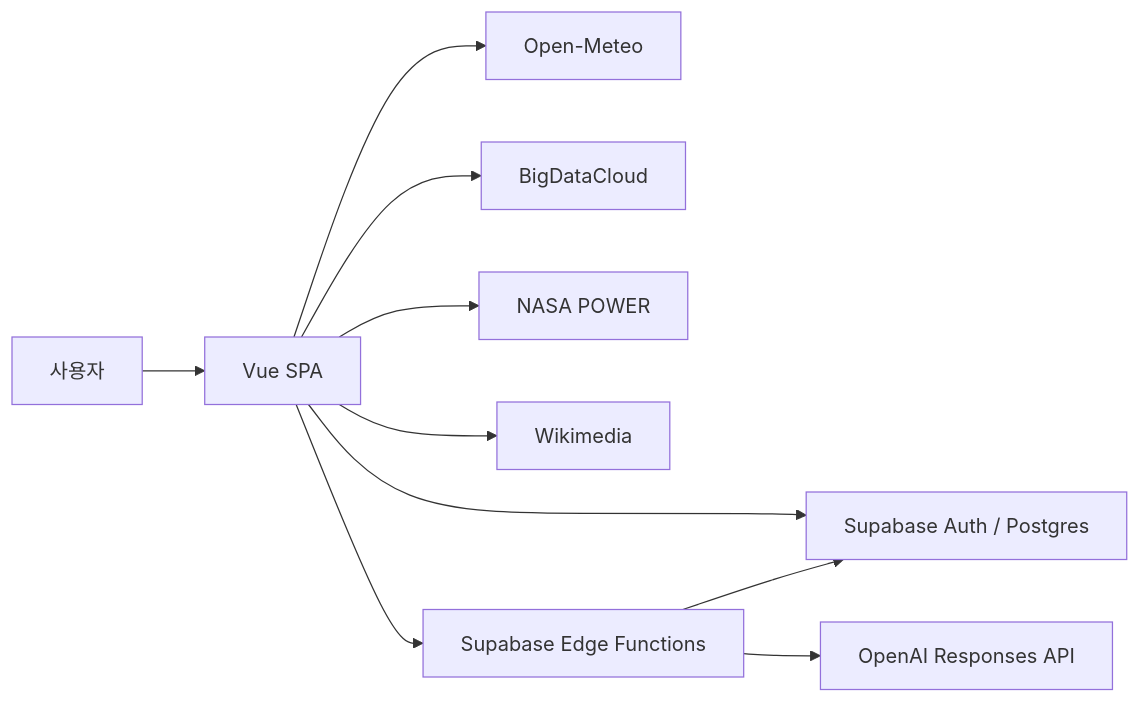
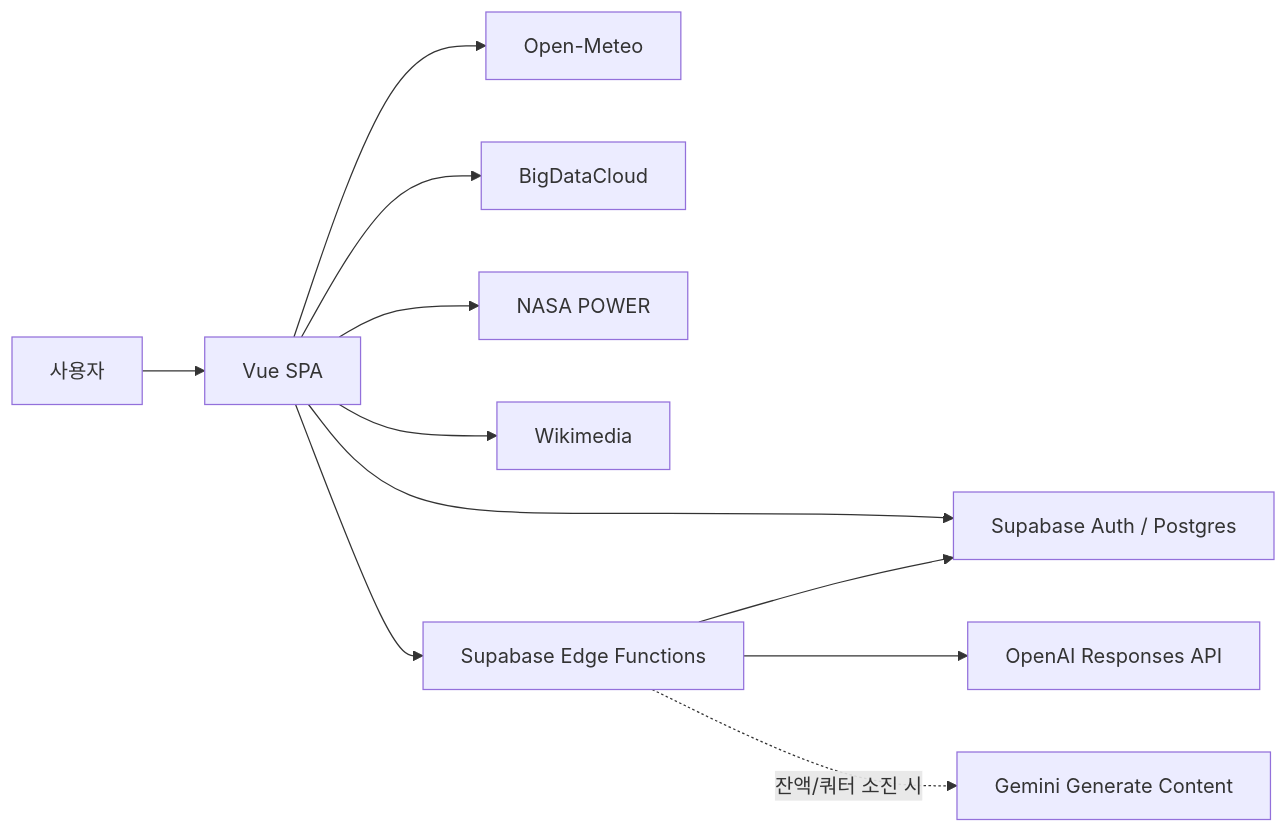
The diagram in README.md (bottletiger/skala-vue), drawn with Mermaid before and after one commit. The commit also changed other lines of this file and 6 other files, not shown here.

````diff
--- a/README.md
+++ b/README.md
@@ -55,12 +55,13 @@
 ```mermaid
 flowchart LR
   U["사용자"] --> V["Vue SPA"]
   V --> W["Open-Meteo"]
   V --> B["BigDataCloud"]
   V --> N["NASA POWER"]
   V --> M["Wikimedia"]
   V --> S["Supabase Auth / Postgres"]
   V --> F["Supabase Edge Functions"]
   F --> S
   F --> O["OpenAI Responses API"]
+  F -. 잔액/쿼터 소진 시 .-> G["Gemini Generate Content"]
 ```
````
